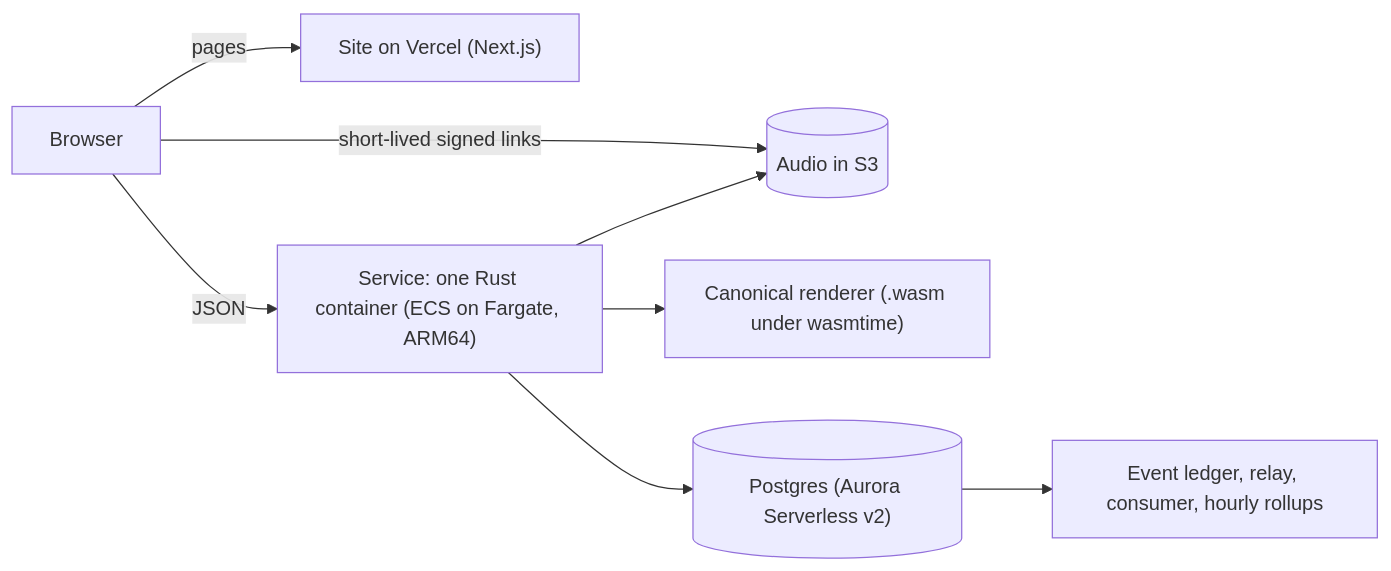
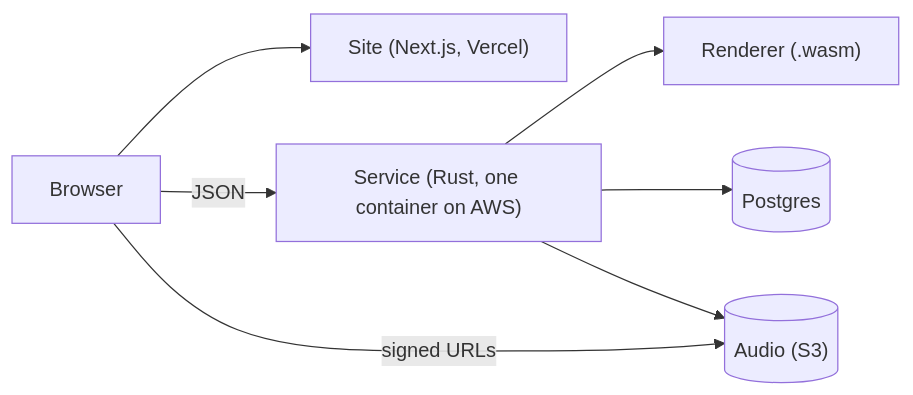
One commit to Pew-X/graft changed the diagram in README.md. Above: the diagram before and after it, drawn with Mermaid. The commit also changed other lines of this file and 1 other file, not shown here.

````diff
--- a/README.md
+++ b/README.md
@@ -33,10 +23,9 @@
 ```mermaid
 flowchart LR
-  B["Browser"] -->|"pages"| W["Site on Vercel (Next.js)"]
-  B -->|"JSON"| S["Service: one Rust container (ECS on Fargate, ARM64)"]
-  B -->|"short-lived signed links"| O[("Audio in S3")]
-  S --> R["Canonical renderer (.wasm under wasmtime)"]
-  S --> P[("Postgres (Aurora Serverless v2)")]
+  B["Browser"] --> W["Site (Next.js, Vercel)"]
+  B -->|"JSON"| S["Service (Rust, one container on AWS)"]
+  B -->|"signed URLs"| O[("Audio (S3)")]
+  S --> R["Renderer (.wasm)"]
+  S --> P[("Postgres")]
   S --> O
-  P --> E["Event ledger, relay, consumer, hourly rollups"]
 ```
````
